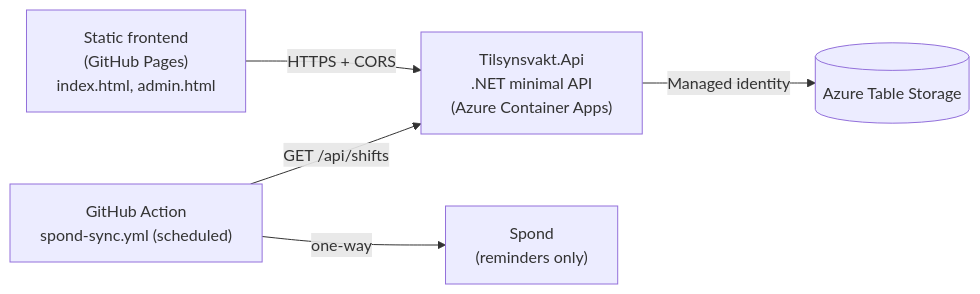
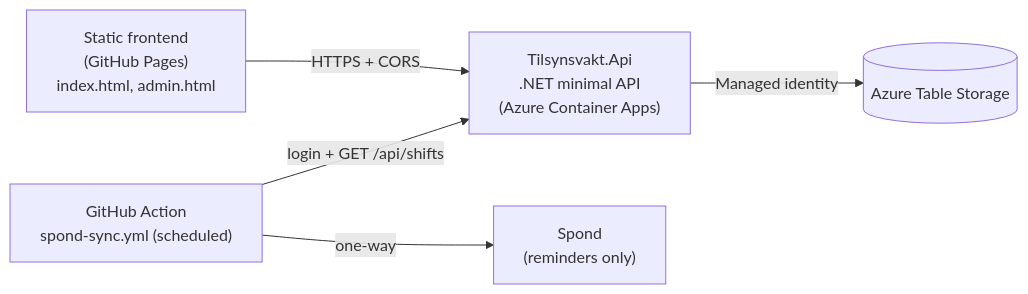
Before and after one commit to tasta-skolekorps/tilsynsvakt: the diagram in README.md, drawn with Mermaid. The commit also changed other lines of this file and 33 other files, not shown here.

First line of the commit message:
Add shared-password login that issues an API key (#51)

````diff
--- a/README.md
+++ b/README.md
@@ -13,7 +13,7 @@
 ```mermaid
 flowchart LR
     Browser["Static frontend<br/>(GitHub Pages)<br/>index.html, admin.html"] -- "HTTPS + CORS" --> Api["Tilsynsvakt.Api<br/>.NET minimal API<br/>(Azure Container Apps)"]
     Api -- "Managed identity" --> Tables[("Azure Table Storage")]
-    Action["GitHub Action<br/>spond-sync.yml (scheduled)"] -- "GET /api/shifts" --> Api
+    Action["GitHub Action<br/>spond-sync.yml (scheduled)"] -- "login + GET /api/shifts" --> Api
     Action -- "one-way" --> Spond["Spond<br/>(reminders only)"]
 ```
````
